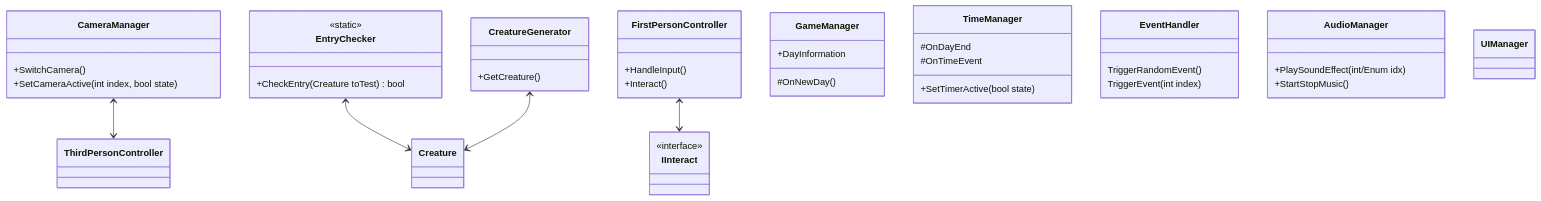
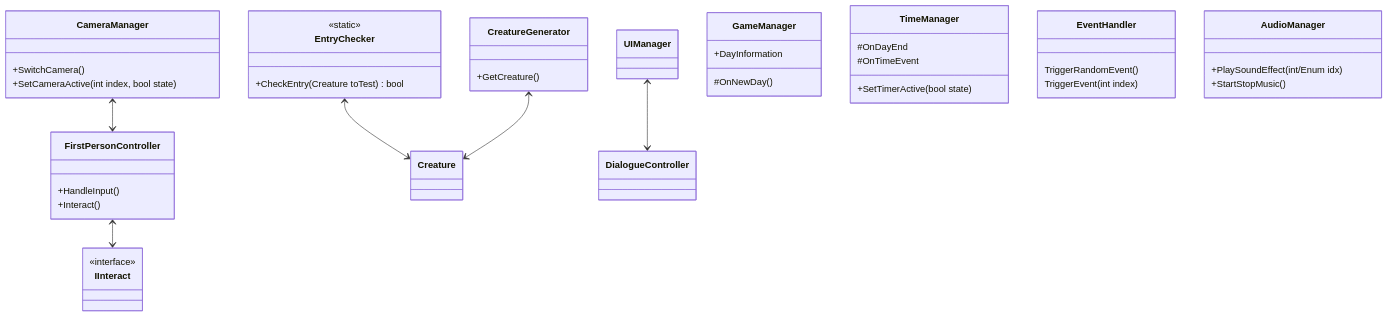
One commit to M1st3r-G/StellarSuspicion changed the diagram in StellarSuspicionVault/Programmer/Class Diagramm.md. Above: the diagram before and after it, drawn with Mermaid. The commit also changed 3 other files, not shown here.

````diff
--- a/StellarSuspicionVault/Programmer/Class Diagramm.md
+++ b/StellarSuspicionVault/Programmer/Class Diagramm.md
@@ -5,58 +5,63 @@
 ```mermaid
 
 classDiagram
-        CameraManager <--> ThirdPersonController
+        CameraManager <--> FirstPersonController
 		EntryChecker <--> Creature
 		CreatureGenerator <--> Creature
 		FirstPersonController <--> IInteract
+		UIManager <--> DialogueController
+
 
         class GameManager{
             +DayInformation
             #OnNewDay()
         }
 		
 		class FirstPersonController{
 			+HandleInput()
 			+Interact()
 		}
 	
 		class IInteract{
 			<<interface>>
 		}
 
 		class CameraManager{
 			+SwitchCamera()
 			+SetCameraActive(int index, bool state)
 		}
 
 		class TimeManager{
 			+SetTimerActive(bool state)
 			#OnDayEnd
 			#OnTimeEvent
 		}
 
         class CreatureGenerator{
 	        +GetCreature()
         }
     
         class EventHandler{
 	        TriggerRandomEvent()
 	        TriggerEvent(int index)
         }
 		
 		class AudioManager{
 			+PlaySoundEffect(int/Enum idx)
 			+StartStopMusic()
 		}
 		
 		class UIManager{
 		}
 
+		class DialogueController{
+		}
+
 		class EntryChecker{
 			<<static>>
 			+CheckEntry(Creature toTest) bool
 		}
 
 		class Creature{
 		}
 ```
````
